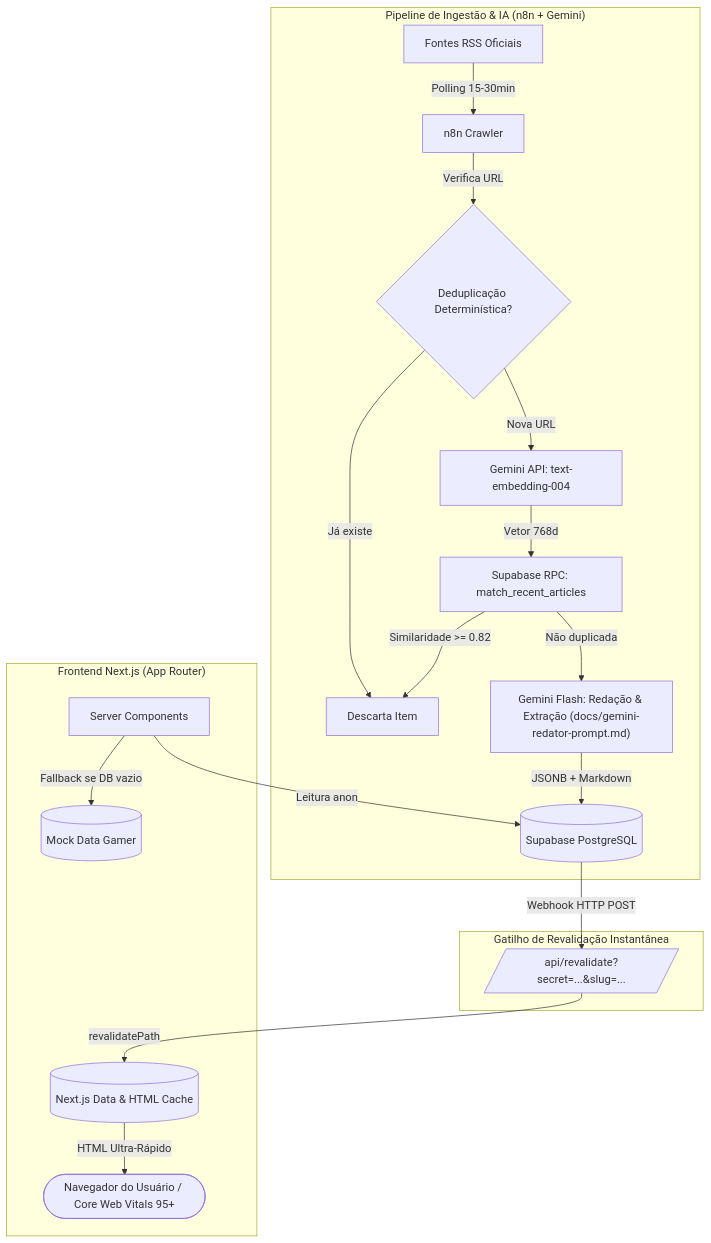
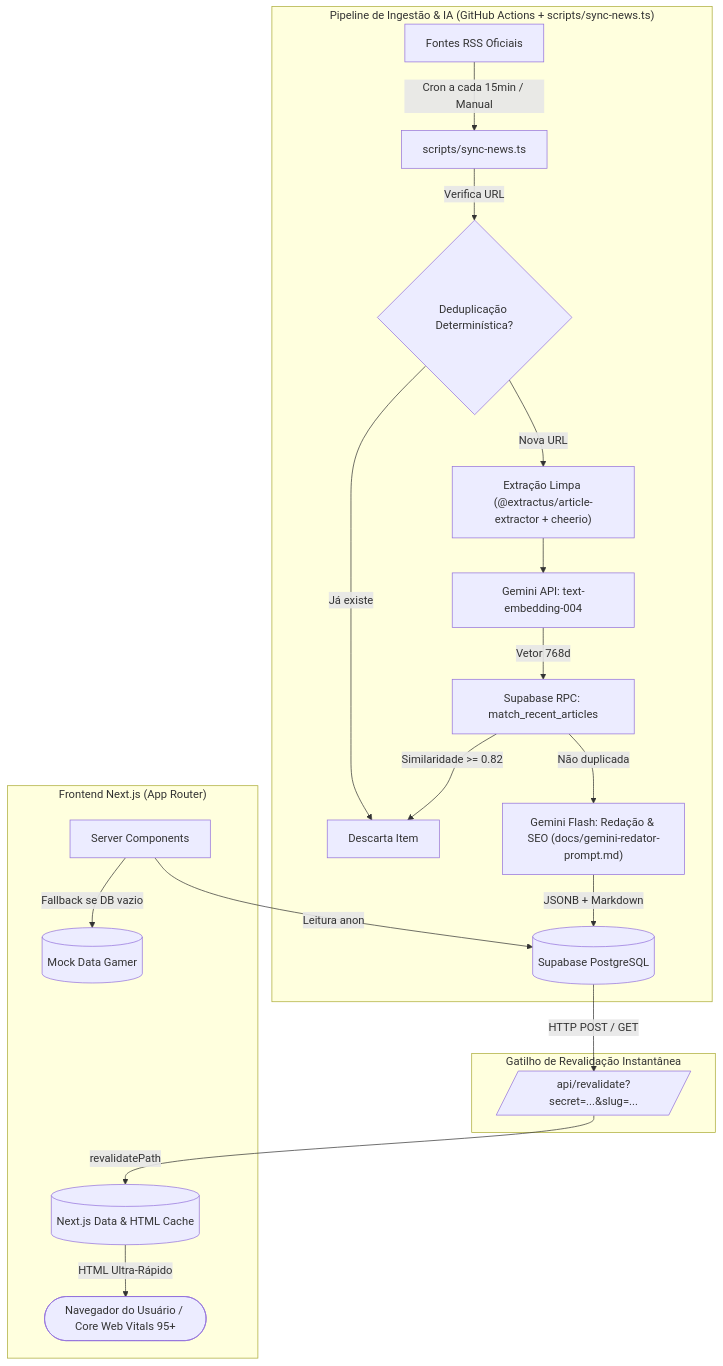
The diagram in docs/architecture.md (JuanBMMontesinos/AIGamePortal), drawn with Mermaid before and after one commit. The commit also changed other lines of this file and 8 other files, not shown here.

Commit message:
feat: implement automated news ingestion pipeline via GitHub Actions cron and TypeScript script

````diff
--- a/docs/architecture.md
+++ b/docs/architecture.md
@@ -11,24 +11,25 @@
 ```mermaid
 flowchart TD
-    subgraph Pipeline_IA ["Pipeline de Ingestão & IA (n8n + Gemini)"]
-        F1[Fontes RSS Oficiais] -->|Polling 15-30min| N1[n8n Crawler]
-        N1 -->|Verifica URL| N2{Deduplicação Determinística?}
+    subgraph Pipeline_IA ["Pipeline de Ingestão & IA (GitHub Actions + scripts/sync-news.ts)"]
+        F1[Fontes RSS Oficiais] -->|Cron a cada 15min / Manual| SCRIPT[scripts/sync-news.ts]
+        SCRIPT -->|Verifica URL| N2{Deduplicação Determinística?}
         N2 -->|Já existe| SKIP[Descarta Item]
-        N2 -->|Nova URL| G1[Gemini API: text-embedding-004]
+        N2 -->|Nova URL| EXT["Extração Limpa (@extractus/article-extractor + cheerio)"]
+        EXT --> G1[Gemini API: text-embedding-004]
         G1 -->|Vetor 768d| DB_VEC[Supabase RPC: match_recent_articles]
         DB_VEC -->|Similaridade >= 0.82| SKIP
-        DB_VEC -->|Não duplicada| G2["Gemini Flash: Redação & Extração (docs/gemini-redator-prompt.md)"]
+        DB_VEC -->|Não duplicada| G2["Gemini Flash: Redação & SEO (docs/gemini-redator-prompt.md)"]
         G2 -->|JSONB + Markdown| DB_INS[(Supabase PostgreSQL)]
     end
 
     subgraph Revalidacao ["Gatilho de Revalidação Instantânea"]
-        DB_INS -->|Webhook HTTP POST| REVAL[/api/revalidate?secret=...&slug=.../]
+        DB_INS -->|HTTP POST / GET| REVAL[/api/revalidate?secret=...&slug=.../]
     end
 
     subgraph Frontend_Nextjs ["Frontend Next.js (App Router)"]
         REVAL -->|revalidatePath| CACHE[(Next.js Data & HTML Cache)]
         CACHE -->|HTML Ultra-Rápido| USER([Navegador do Usuário / Core Web Vitals 95+])
         SERVER_COMP[Server Components] -->|Leitura anon| DB_INS
         SERVER_COMP -->|Fallback se DB vazio| MOCK[(Mock Data Gamer)]
     end
 ```
````
